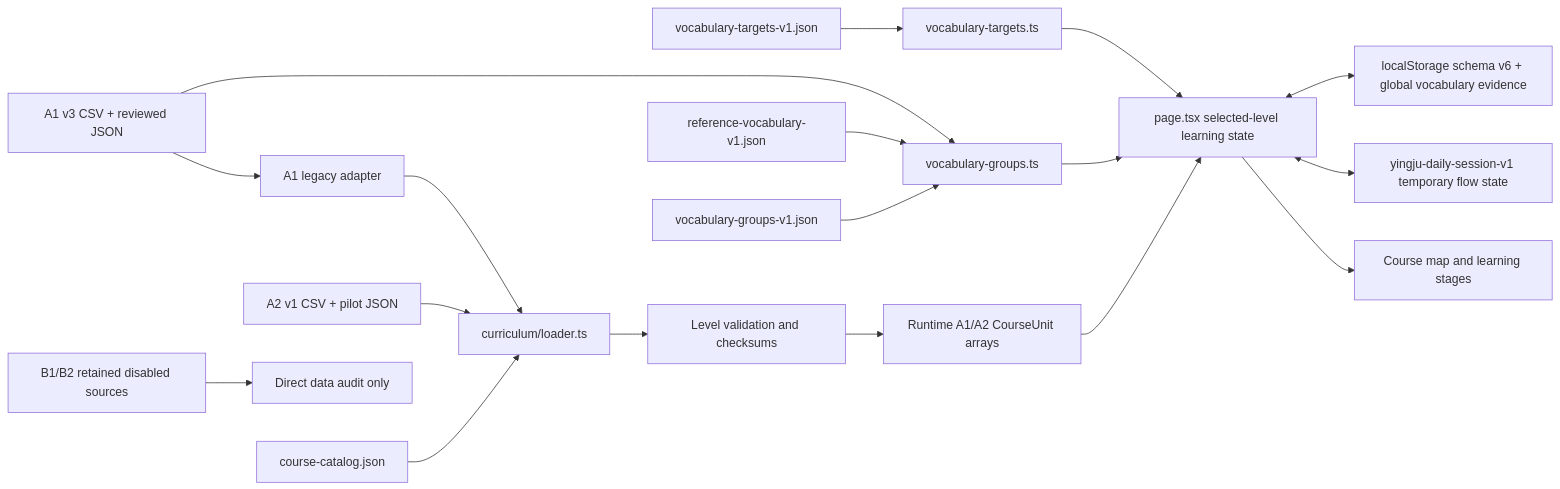
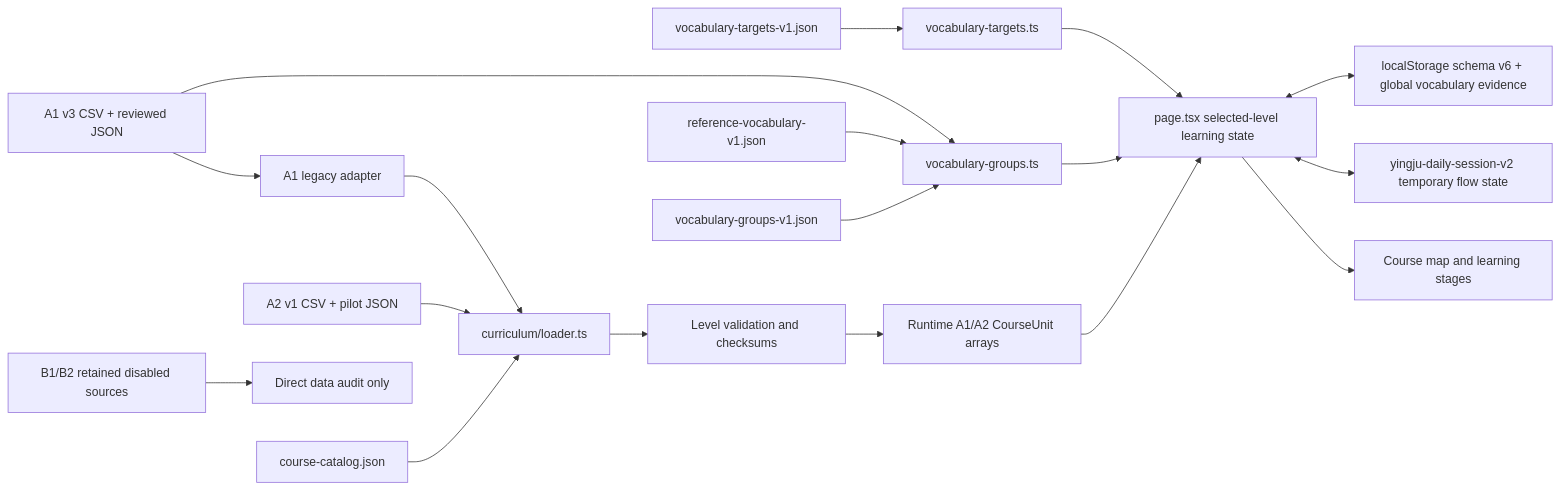
One commit to ej04520yjo4/EnglishWeb changed the first of 2 diagrams in ARCHITECTURE.md. Above: the diagram before and after it, drawn with Mermaid. The commit also changed other lines of this file and 11 other files, not shown here.

Commit message:
Harden daily learning session context

````diff
--- a/ARCHITECTURE.md
+++ b/ARCHITECTURE.md
@@ -9,20 +9,20 @@
 ```mermaid
 flowchart LR
   Catalog["course-catalog.json"] --> LevelLoader["curriculum/loader.ts"]
   A1["A1 v3 CSV + reviewed JSON"] --> Adapter["A1 legacy adapter"]
   A2["A2 v1 CSV + pilot JSON"] --> LevelLoader
   Disabled["B1/B2 retained disabled sources"] --> Audit["Direct data audit only"]
   Groups["vocabulary-groups-v1.json"] --> Vocabulary["vocabulary-groups.ts"]
   Reference["reference-vocabulary-v1.json"] --> Vocabulary
   Targets["vocabulary-targets-v1.json"] --> TargetModule["vocabulary-targets.ts"]
   A1 --> Vocabulary
   Adapter --> LevelLoader
   LevelLoader --> Validate["Level validation and checksums"]
   Validate --> Units["Runtime A1/A2 CourseUnit arrays"]
   Units --> Page["page.tsx selected-level learning state"]
   Vocabulary --> Page
   TargetModule --> Page
   Page <--> Storage["localStorage schema v6 + global vocabulary evidence"]
-  Page <--> DailyStorage["yingju-daily-session-v1 temporary flow state"]
+  Page <--> DailyStorage["yingju-daily-session-v2 temporary flow state"]
   Page --> UI["Course map and learning stages"]
 ```
````
